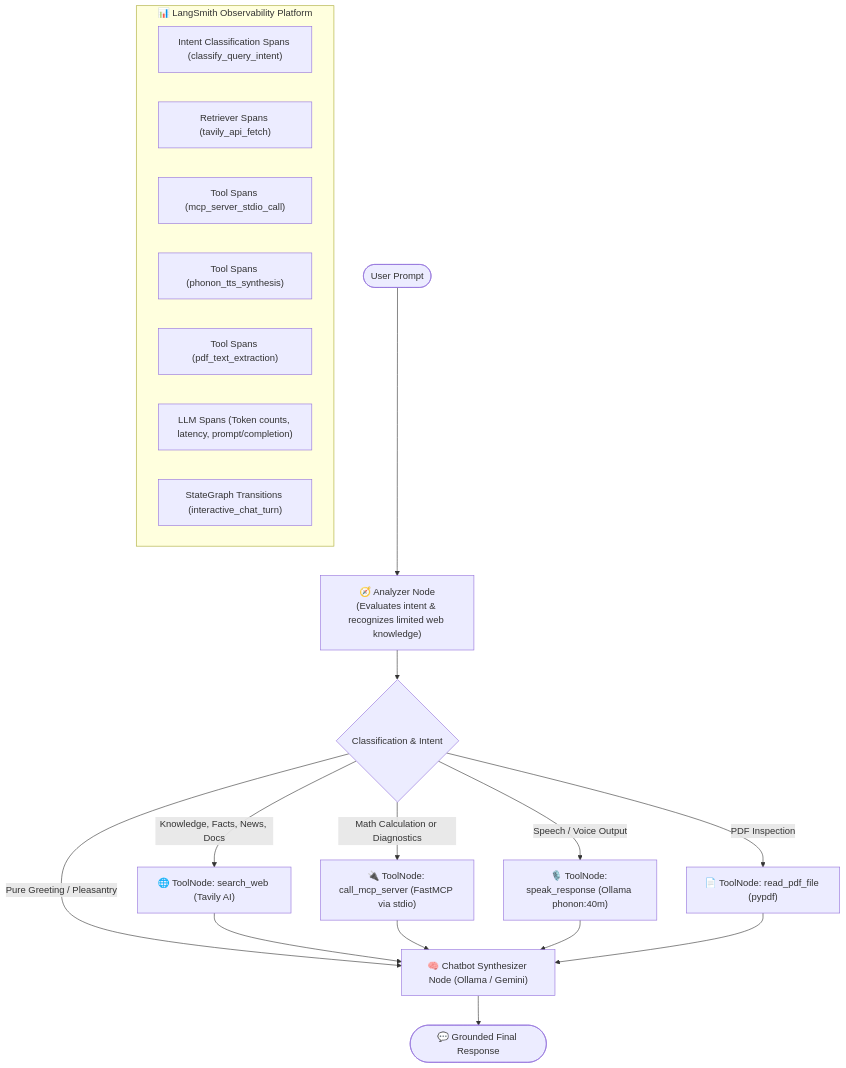
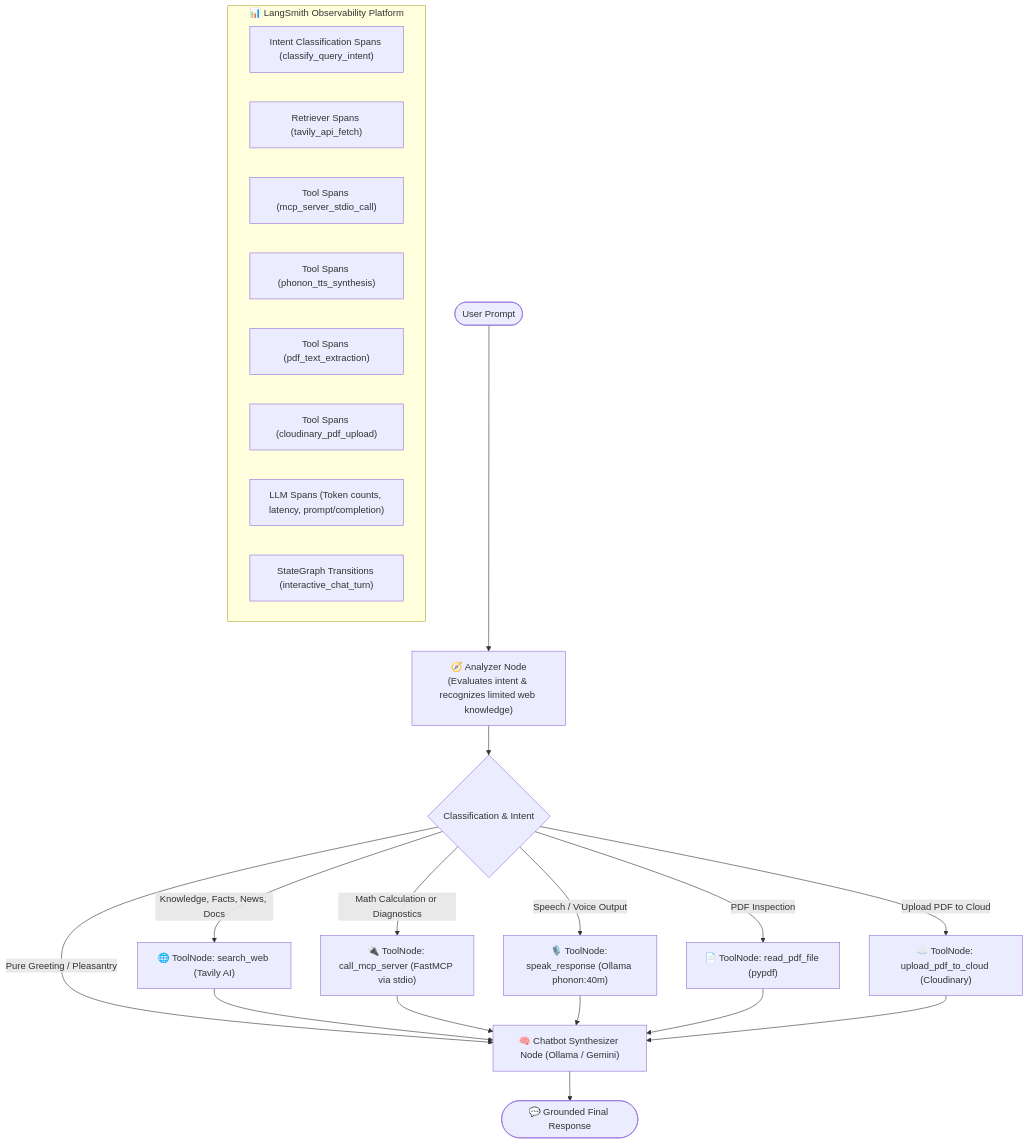
The diagram in README.md (maibarra0904/langchain-app), drawn with Mermaid before and after one commit. The commit also changed other lines of this file and 9 other files, not shown here.

Commit message:
feat: implement Cloudinary PDF upload service and cloud storage integration

````diff
--- a/README.md
+++ b/README.md
@@ -19,29 +19,32 @@
 ```mermaid
 flowchart TD
     START([User Prompt]) --> Analyzer["🧭 Analyzer Node\n(Evaluates intent & recognizes limited web knowledge)"]
 
     Analyzer --> Decision{Classification & Intent}
 
     Decision -->|Knowledge, Facts, News, Docs| ToolTavily["🌐 ToolNode: search_web (Tavily AI)"]
     Decision -->|Math Calculation or Diagnostics| ToolMCP["🔌 ToolNode: call_mcp_server (FastMCP via stdio)"]
     Decision -->|Speech / Voice Output| ToolVoice["🎙️ ToolNode: speak_response (Ollama phonon:40m)"]
     Decision -->|PDF Inspection| ToolPDF["📄 ToolNode: read_pdf_file (pypdf)"]
+    Decision -->|Upload PDF to Cloud| ToolCloud["☁️ ToolNode: upload_pdf_to_cloud (Cloudinary)"]
     Decision -->|Pure Greeting / Pleasantry| Chatbot["🧠 Chatbot Synthesizer Node (Ollama / Gemini)"]
 
     ToolTavily --> Chatbot
     ToolMCP --> Chatbot
     ToolVoice --> Chatbot
     ToolPDF --> Chatbot
+    ToolCloud --> Chatbot
 
     Chatbot --> END([💬 Grounded Final Response])
 
     subgraph Observability ["📊 LangSmith Observability Platform"]
         AnalyzerSpan["Intent Classification Spans (classify_query_intent)"]
         TavilySpan["Retriever Spans (tavily_api_fetch)"]
         MCPToolSpan["Tool Spans (mcp_server_stdio_call)"]
         VoiceSpan["Tool Spans (phonon_tts_synthesis)"]
         PDFSpan["Tool Spans (pdf_text_extraction)"]
+        CloudinarySpan["Tool Spans (cloudinary_pdf_upload)"]
         LLMSpan["LLM Spans (Token counts, latency, prompt/completion)"]
         ChainSpan["StateGraph Transitions (interactive_chat_turn)"]
     end
 ```
````
